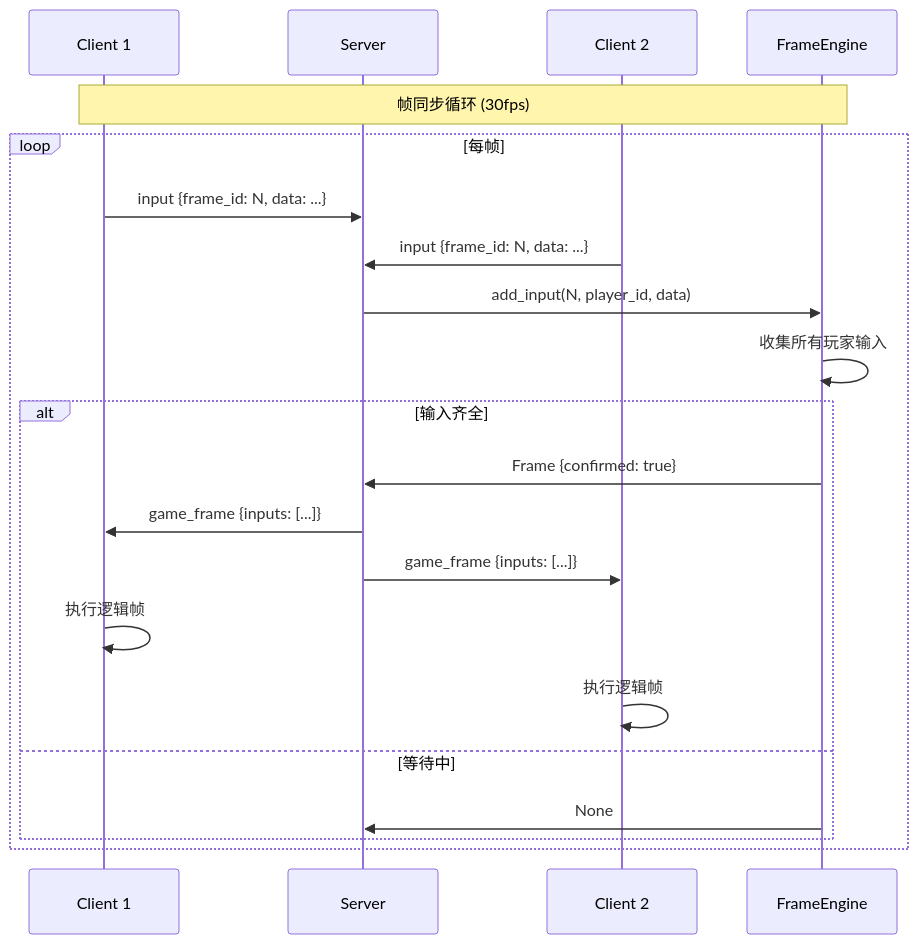
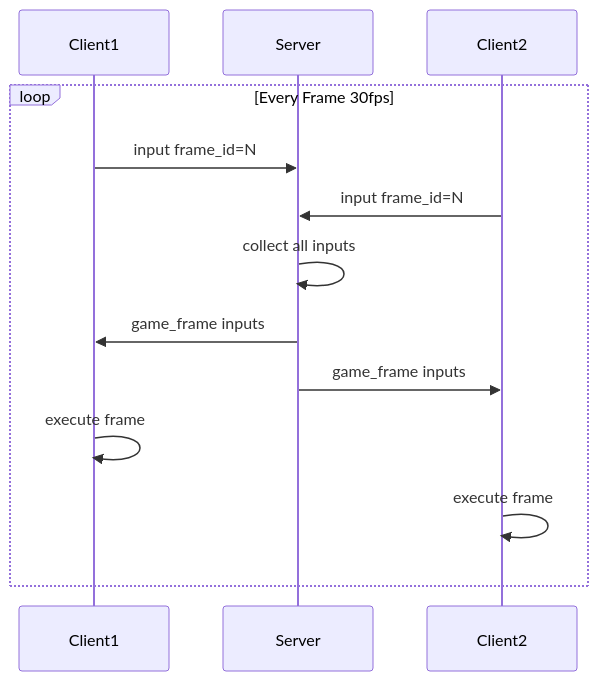
Before and after one commit to kongshan001/game-frame-sync: the second of 3 diagrams in README.md, drawn with Mermaid. The commit also changed other lines of this file, not shown here.

````diff
--- a/README.md
+++ b/README.md
@@ -414,27 +82,16 @@
 ```mermaid
 sequenceDiagram
-    participant C1 as Client 1
+    participant C1 as Client1
     participant S as Server
-    participant C2 as Client 2
-    participant FE as FrameEngine
+    participant C2 as Client2
     
-    Note over C1,FE: 帧同步循环 (30fps)
-    
-    loop 每帧
-        C1->>S: input {frame_id: N, data: ...}
-        C2->>S: input {frame_id: N, data: ...}
-        
-        S->>FE: add_input(N, player_id, data)
-        FE->>FE: 收集所有玩家输入
-        
-        alt 输入齐全
-            FE->>S: Frame {confirmed: true}
-            S->>C1: game_frame {inputs: [...]}
-            S->>C2: game_frame {inputs: [...]}
-            C1->>C1: 执行逻辑帧
-            C2->>C2: 执行逻辑帧
-        else 等待中
-            FE->>S: None
-        end
+    loop Every Frame 30fps
+        C1->>S: input frame_id=N
+        C2->>S: input frame_id=N
+        S->>S: collect all inputs
+        S->>C1: game_frame inputs
+        S->>C2: game_frame inputs
+        C1->>C1: execute frame
+        C2->>C2: execute frame
     end
 ```
````
